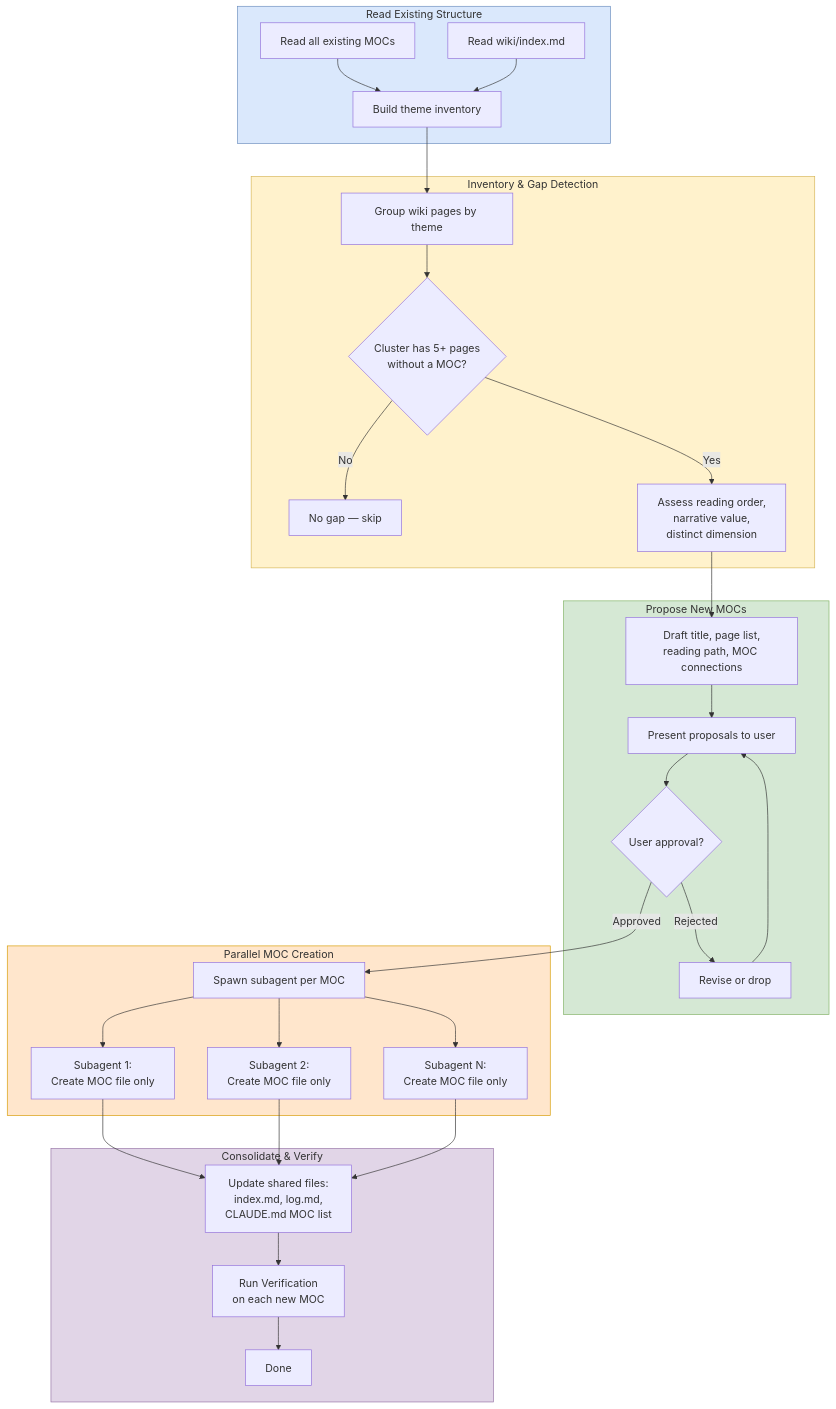
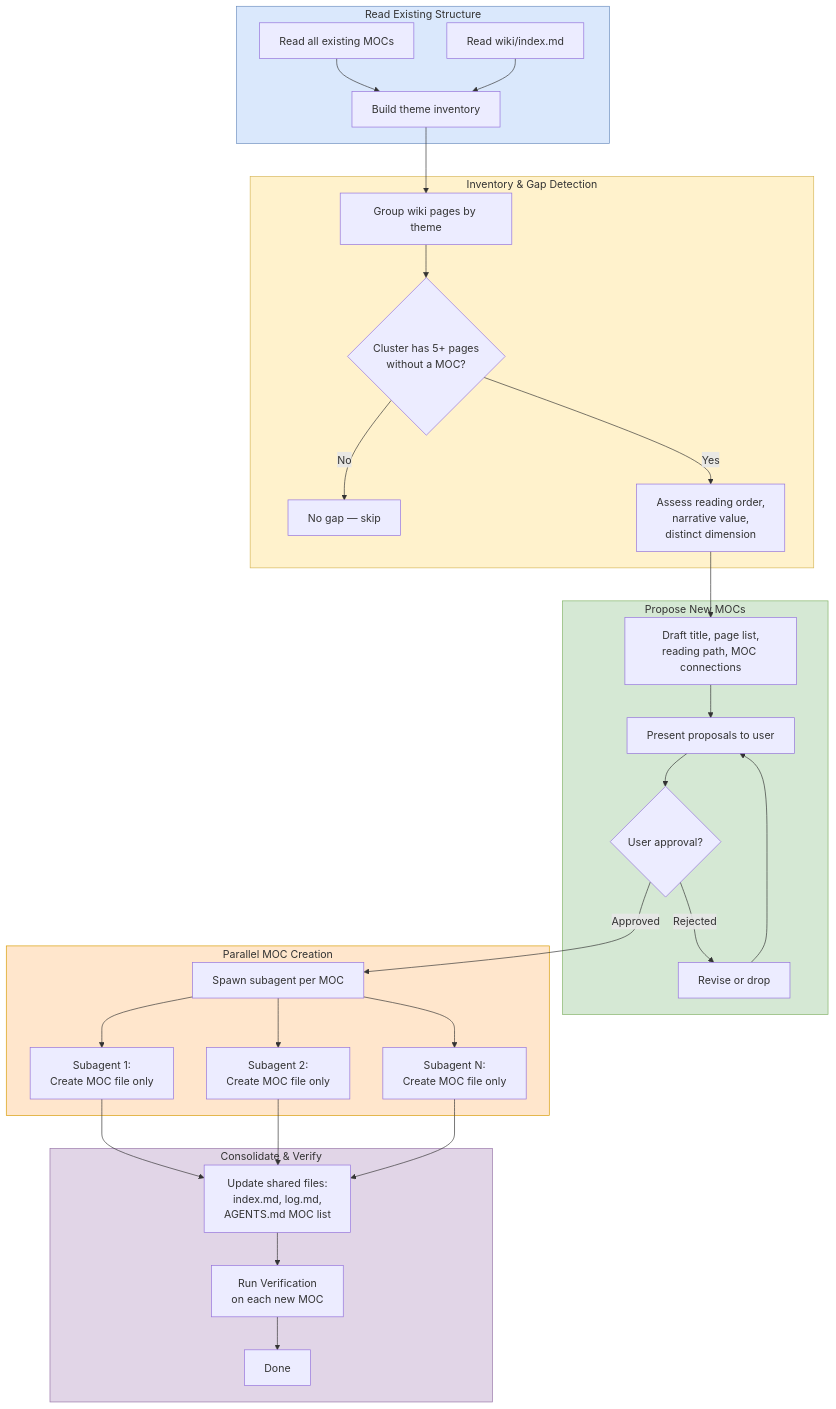
One commit to CompleteTech-LLC-AI-Research/beyond-the-token-bottleneck changed the diagram in workflows/moc-gap-analysis.md. Above: the diagram before and after it, drawn with Mermaid. The commit also changed other lines of this file and 13 other files, not shown here.

````diff
--- a/workflows/moc-gap-analysis.md
+++ b/workflows/moc-gap-analysis.md
@@ -3,43 +3,43 @@
 ```mermaid
 graph TD
     subgraph Read["Read Existing Structure"]
         A[Read all existing MOCs] --> C[Build theme inventory]
         B[Read wiki/index.md] --> C
     end
 
     subgraph Inventory["Inventory & Gap Detection"]
         C --> D[Group wiki pages by theme]
         D --> E{Cluster has 5+ pages<br/>without a MOC?}
         E -- No --> F[No gap — skip]
         E -- Yes --> G[Assess reading order,<br/>narrative value,<br/>distinct dimension]
     end
 
     subgraph Propose["Propose New MOCs"]
         G --> H[Draft title, page list,<br/>reading path, MOC connections]
         H --> I[Present proposals to user]
         I --> J{User approval?}
         J -- Rejected --> K[Revise or drop]
         K --> I
     end
 
     subgraph Create["Parallel MOC Creation"]
         J -- Approved --> L[Spawn subagent per MOC]
         L --> M1[Subagent 1:<br/>Create MOC file only]
         L --> M2[Subagent 2:<br/>Create MOC file only]
         L --> M3[Subagent N:<br/>Create MOC file only]
     end
 
     subgraph Consolidate["Consolidate & Verify"]
-        M1 --> N[Update shared files:<br/>index.md, log.md,<br/>CLAUDE.md MOC list]
+M1 --> N[Update shared files:<br/>index.md, log.md,<br/>AGENTS.md MOC list]
         M2 --> N
         M3 --> N
         N --> O[Run Verification<br/>on each new MOC]
         O --> P[Done]
     end
 
     style Read fill:#dae8fc,stroke:#6c8ebf
     style Inventory fill:#fff2cc,stroke:#d6b656
     style Propose fill:#d5e8d4,stroke:#82b366
     style Create fill:#ffe6cc,stroke:#d79b00
     style Consolidate fill:#e1d5e7,stroke:#9673a6
 ```
````
